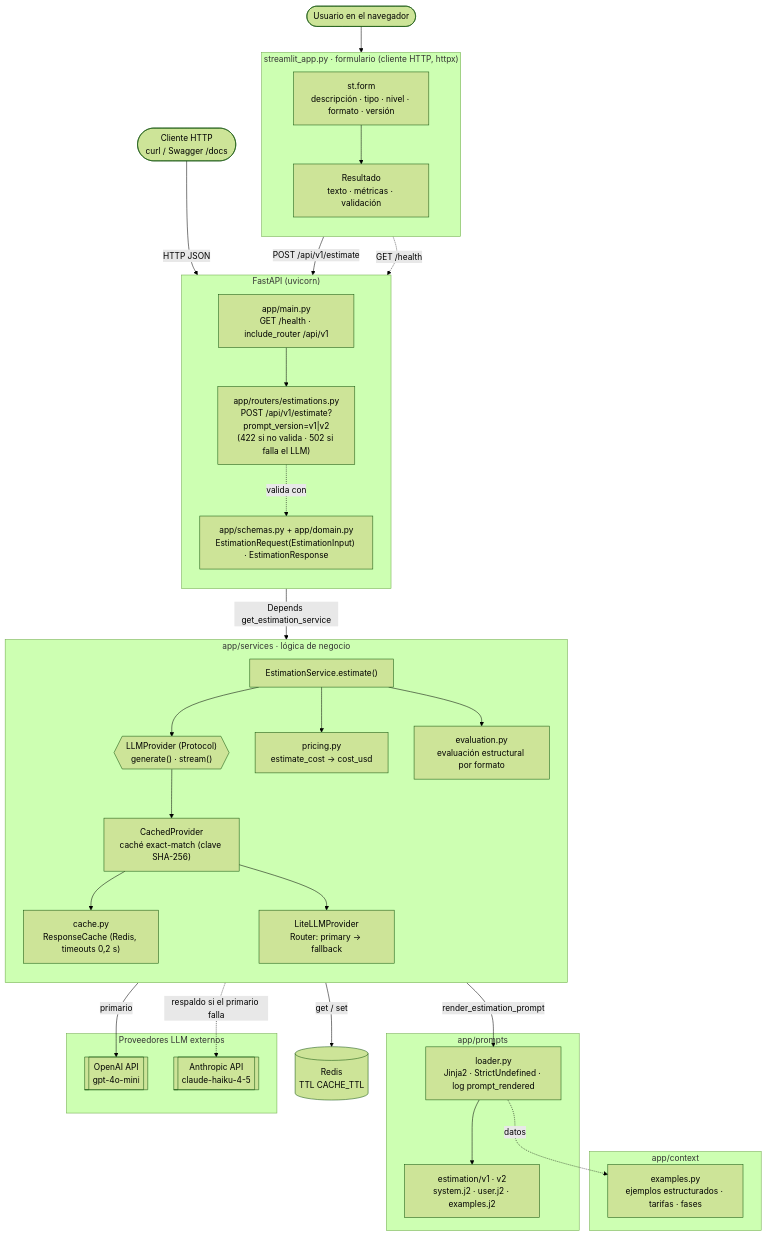
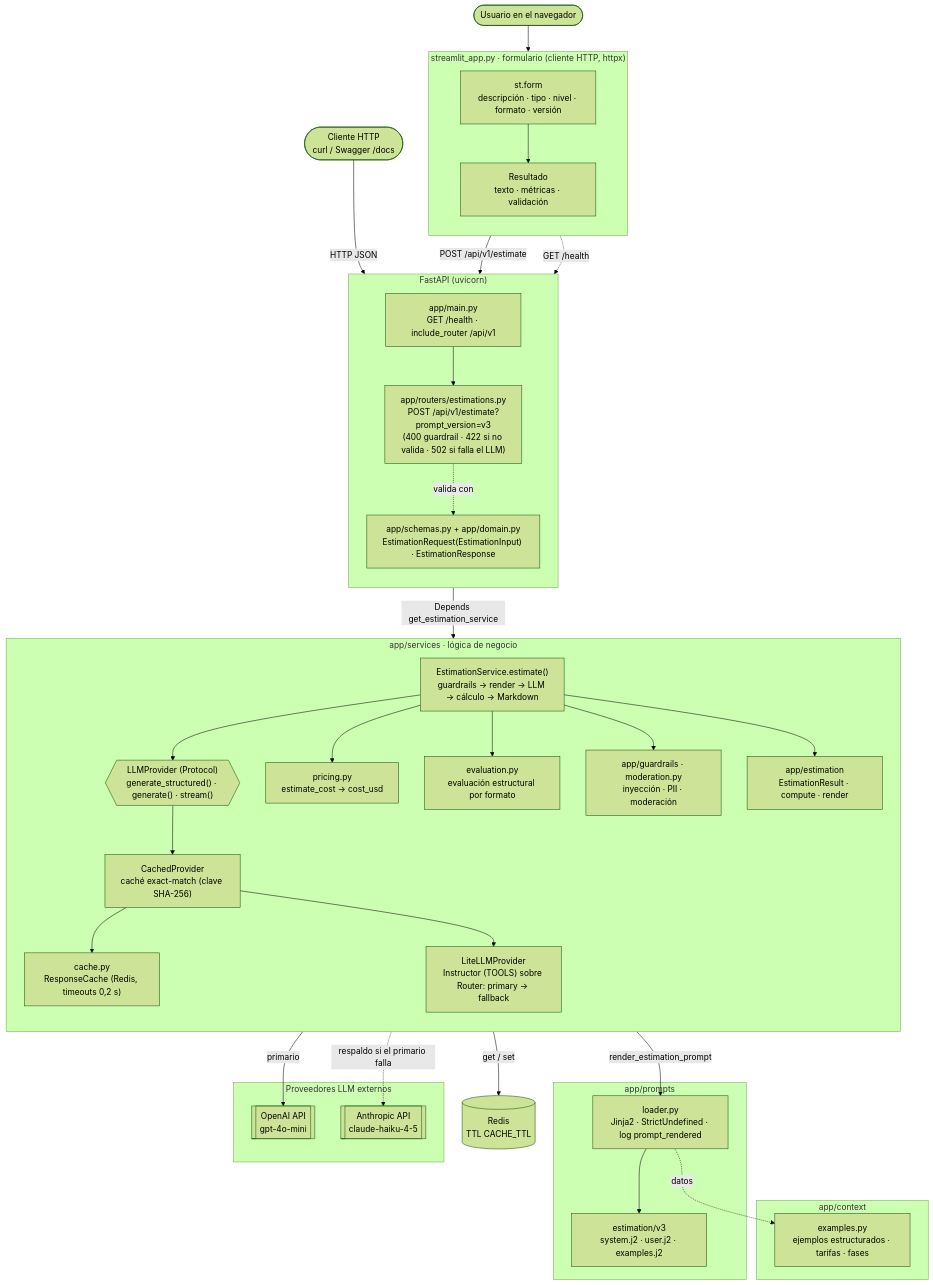
Before and after one commit to jaranega/ai-engineering-lidr: the diagram in README.md, drawn with Mermaid (forest theme). The commit also changed other lines of this file and 131 other files, not shown here.

````diff
--- a/README.md
+++ b/README.md
@@ -50,66 +67,70 @@
 ```mermaid
 flowchart TB
     user_http(["Cliente HTTP<br/>curl / Swagger /docs"])
     user_ui(["Usuario en el navegador"])
 
     subgraph ST["streamlit_app.py · formulario (cliente HTTP, httpx)"]
         direction TB
         st_form["st.form<br/>descripción · tipo · nivel · formato · versión"]
         st_result["Resultado<br/>texto · métricas · validación"]
         st_form --> st_result
     end
 
     subgraph API["FastAPI (uvicorn)"]
         direction TB
         main["app/main.py<br/>GET /health · include_router /api/v1"]
-        router["app/routers/estimations.py<br/>POST /api/v1/estimate?prompt_version=v1|v2<br/>(422 si no valida · 502 si falla el LLM)"]
+        router["app/routers/estimations.py<br/>POST /api/v1/estimate?prompt_version=v3<br/>(400 guardrail · 422 si no valida · 502 si falla el LLM)"]
         schemas["app/schemas.py + app/domain.py<br/>EstimationRequest(EstimationInput) · EstimationResponse"]
         main --> router
         router -. valida con .-> schemas
     end
 
     subgraph SVC["app/services · lógica de negocio"]
         direction TB
-        service["EstimationService.estimate()"]
+        service["EstimationService.estimate()<br/>guardrails → render → LLM → cálculo → Markdown"]
+        guards["app/guardrails · moderation.py<br/>inyección · PII · moderación"]
+        structured["app/estimation<br/>EstimationResult · compute · render"]
         evaluation["evaluation.py<br/>evaluación estructural por formato"]
-        proto{{"LLMProvider (Protocol)<br/>generate() · stream()"}}
+        proto{{"LLMProvider (Protocol)<br/>generate_structured() · generate() · stream()"}}
         cached["CachedProvider<br/>caché exact-match (clave SHA-256)"]
-        litellm_p["LiteLLMProvider<br/>Router: primary → fallback"]
+        litellm_p["LiteLLMProvider<br/>Instructor (TOOLS) sobre Router: primary → fallback"]
         cache["cache.py<br/>ResponseCache (Redis, timeouts 0,2 s)"]
         pricing["pricing.py<br/>estimate_cost → cost_usd"]
         service --> proto
         service --> pricing
         service --> evaluation
+        service --> guards
+        service --> structured
         proto --> cached
         cached --> cache
         cached --> litellm_p
     end
 
     subgraph PROMPTS["app/prompts"]
         loader["loader.py<br/>Jinja2 · StrictUndefined · log prompt_rendered"]
-        templates["estimation/v1 · v2<br/>system.j2 · user.j2 · examples.j2"]
+        templates["estimation/v3<br/>system.j2 · user.j2 · examples.j2"]
         loader --> templates
     end
 
     subgraph CTX["app/context"]
         examples["examples.py<br/>ejemplos estructurados · tarifas · fases"]
     end
 
     redis[("Redis<br/>TTL CACHE_TTL")]
 
     subgraph EXT["Proveedores LLM externos"]
         oai[["OpenAI API<br/>gpt-4o-mini"]]
         ant[["Anthropic API<br/>claude-haiku-4-5"]]
     end
 
     user_http -->|HTTP JSON| main
     user_ui --> ST
     st_form -->|POST /api/v1/estimate| router
     st_result -.->|GET /health| main
     router -->|Depends get_estimation_service| service
     service -->|render_estimation_prompt| loader
     loader -. datos .-> examples
     cache -->|get / set| redis
     litellm_p -->|primario| oai
     litellm_p -.->|respaldo si el primario falla| ant
 ```
````
